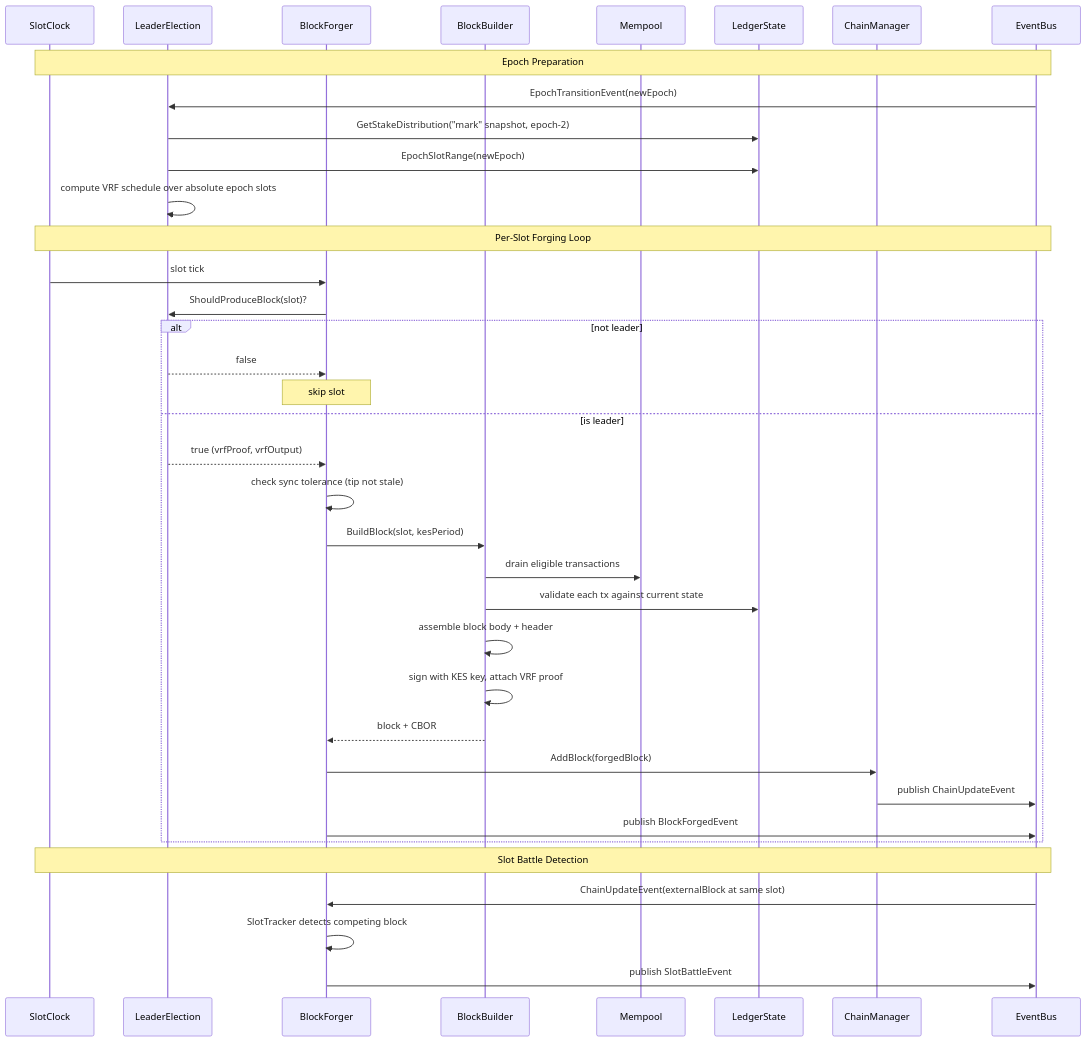
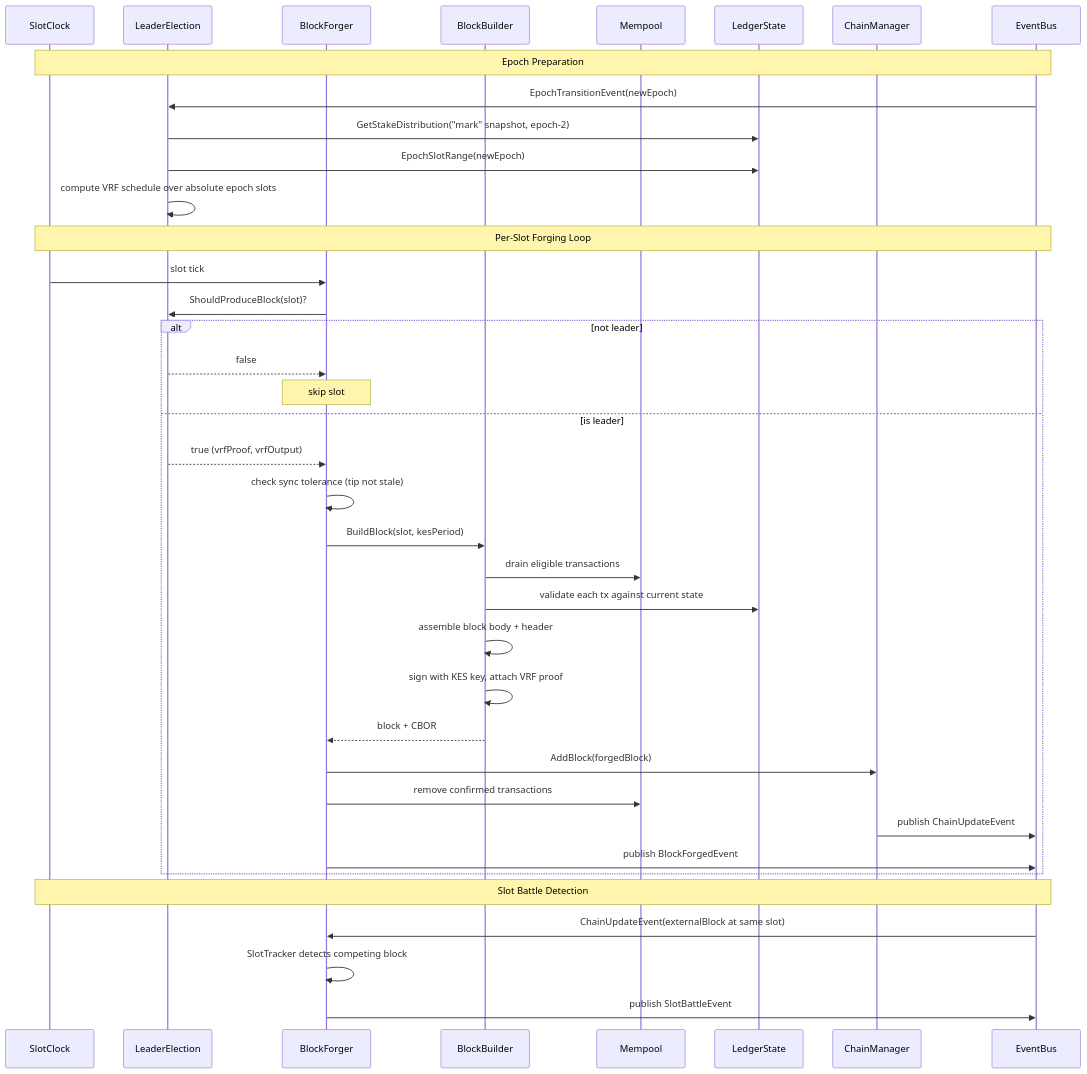
The fifth of 5 diagrams in ARCHITECTURE.md (blinklabs-io/dingo), drawn with Mermaid before and after one commit. The commit also changed other lines of this file and 20 other files, not shown here.

````diff
--- a/ARCHITECTURE.md
+++ b/ARCHITECTURE.md
@@ -396,42 +396,43 @@
 ```mermaid
 sequenceDiagram
     participant SC as SlotClock
     participant LE as LeaderElection
     participant BF as BlockForger
     participant BB as BlockBuilder
     participant MP as Mempool
     participant LS as LedgerState
     participant ChM as ChainManager
     participant EB as EventBus
 
     Note over SC,EB: Epoch Preparation
     EB->>LE: EpochTransitionEvent(newEpoch)
     LE->>LS: GetStakeDistribution("mark" snapshot, epoch-2)
     LE->>LS: EpochSlotRange(newEpoch)
     LE->>LE: compute VRF schedule over absolute epoch slots
 
     Note over SC,EB: Per-Slot Forging Loop
     SC->>BF: slot tick
     BF->>LE: ShouldProduceBlock(slot)?
     alt not leader
         LE-->>BF: false
         Note over BF: skip slot
     else is leader
         LE-->>BF: true (vrfProof, vrfOutput)
         BF->>BF: check sync tolerance (tip not stale)
         BF->>BB: BuildBlock(slot, kesPeriod)
         BB->>MP: drain eligible transactions
         BB->>LS: validate each tx against current state
         BB->>BB: assemble block body + header
         BB->>BB: sign with KES key, attach VRF proof
         BB-->>BF: block + CBOR
         BF->>ChM: AddBlock(forgedBlock)
+        BF->>MP: remove confirmed transactions
         ChM->>EB: publish ChainUpdateEvent
         BF->>EB: publish BlockForgedEvent
     end
 
     Note over SC,EB: Slot Battle Detection
     EB->>BF: ChainUpdateEvent(externalBlock at same slot)
     BF->>BF: SlotTracker detects competing block
     BF->>EB: publish SlotBattleEvent
 ```
````
